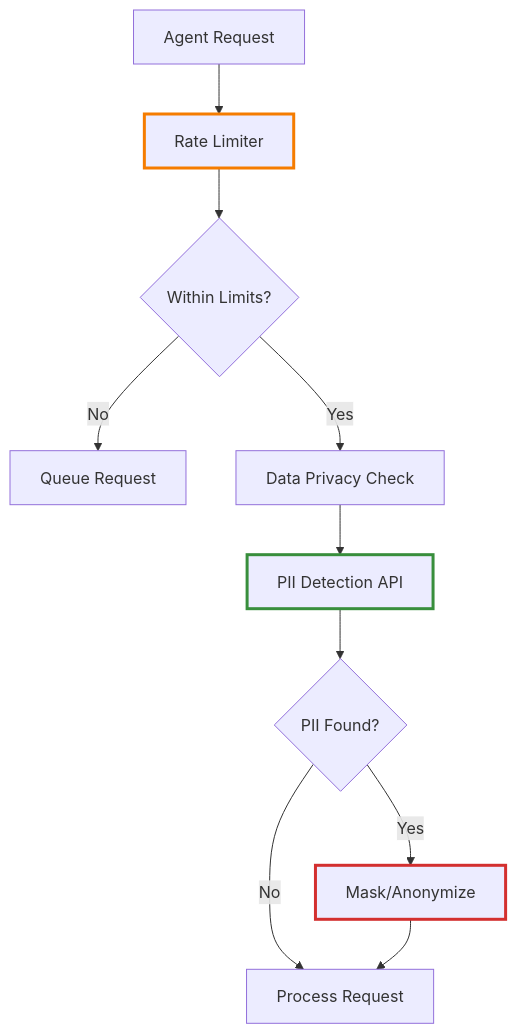
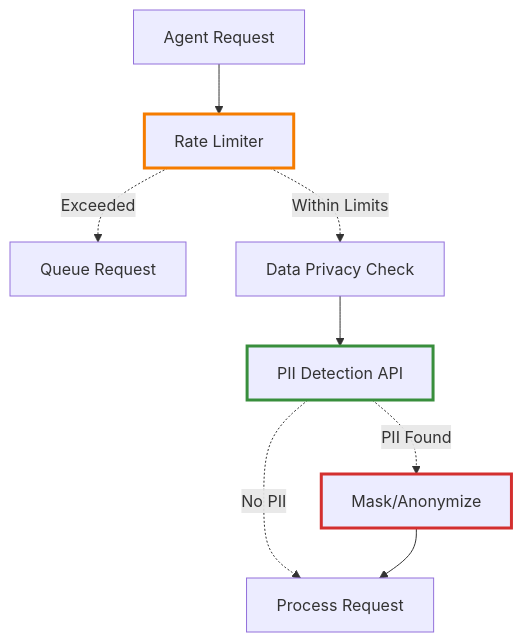
Before and after one commit to dextersjab/agentic-workbench-langgraph: the fifth of 7 diagrams in README.md, drawn with Mermaid. The commit also changed other lines of this file and 1 other file, not shown here.

````diff
--- a/README.md
+++ b/README.md
@@ -189,16 +171,14 @@
 ```mermaid
 graph TD
     A[Agent Request] --> B[Rate Limiter]
-    B --> C{Within Limits?}
-    C -->|No| D[Queue Request]
-    C -->|Yes| E[Data Privacy Check]
-    E --> F[PII Detection API]
-    F --> G{PII Found?}
-    G -->|Yes| H[Mask/Anonymize]
-    G -->|No| I[Process Request]
-    H --> I
+    B -.->|Exceeded| C[Queue Request]
+    B -.->|Within Limits| D[Data Privacy Check]
+    D --> E[PII Detection API]
+    E -.->|PII Found| F[Mask/Anonymize]
+    E -.->|No PII| G[Process Request]
+    F --> G
     
     style B stroke:#f57c00,stroke-width:3px
-    style F stroke:#388e3c,stroke-width:3px
-    style H stroke:#d32f2f,stroke-width:3px
+    style E stroke:#388e3c,stroke-width:3px
+    style F stroke:#d32f2f,stroke-width:3px
 ```
````
